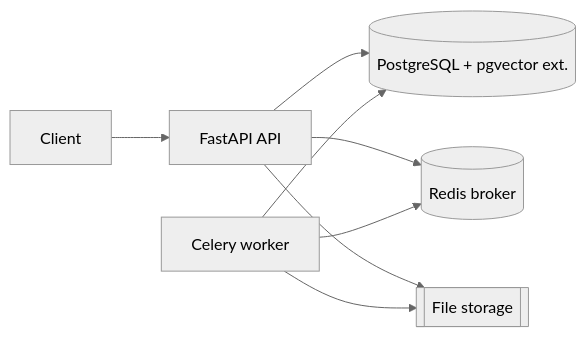
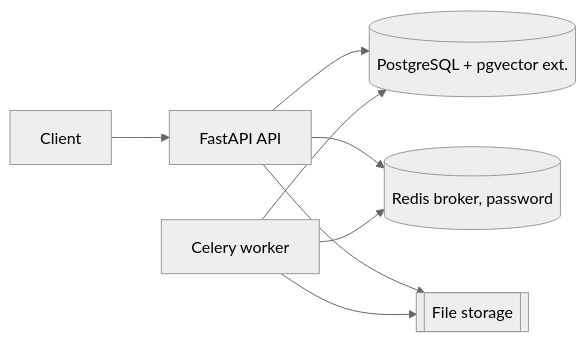
The diagram in README.md (shahil5z/document-intelligence-analysis), drawn with Mermaid (neutral theme) before and after one commit. The commit also changed other lines of this file and 5 other files, not shown here.

Commit message:
docs: add DIP1 hand-off and portfolio notes, move architecture to docs/

````diff
--- a/README.md
+++ b/README.md
@@ -19,10 +22,10 @@
 ```mermaid
 flowchart LR
     client[Client] --> api[FastAPI API]
     api --> pg[(PostgreSQL + pgvector ext.)]
-    api --> redis[(Redis broker)]
+    api --> redis[(Redis broker, password)]
     api --> storage[[File storage]]
     worker[Celery worker] --> redis
     worker --> pg
     worker --> storage
 ```
````
